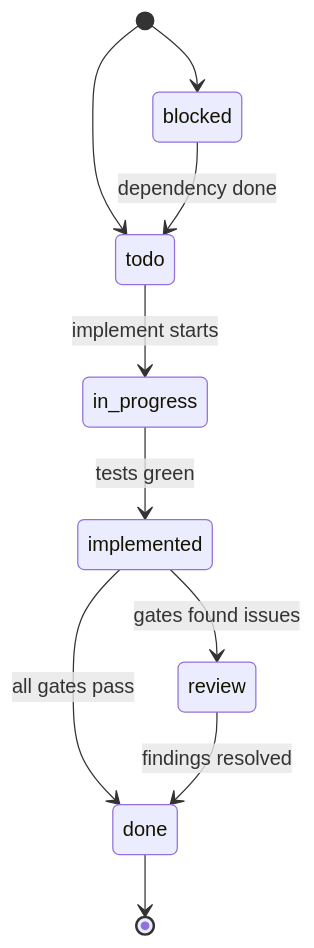
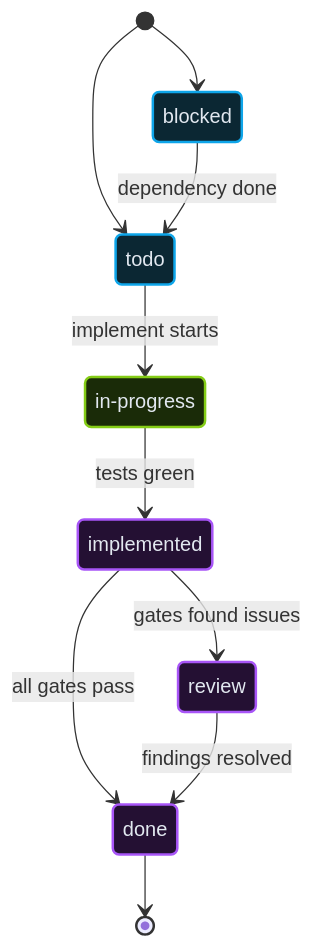
Before and after one commit to AlarQ/portfolio: the second of 4 diagrams in content/posts/my-spec-driven-workflow.mdx, drawn with Mermaid. The commit also changed other lines of this file and 7 other files, not shown here.

First line of the commit message:
feat(blog): render Mermaid diagrams + Callouts, refine spec-workflow post

````diff
--- a/content/posts/my-spec-driven-workflow.mdx
+++ b/content/posts/my-spec-driven-workflow.mdx
@@ -127,12 +183,21 @@
 ```mermaid
 stateDiagram-v2
+  direction TB
+  state "in-progress" as in_progress
   [*] --> todo
   [*] --> blocked
   blocked --> todo: dependency done
   todo --> in_progress: implement starts
   in_progress --> implemented: tests green
   implemented --> review: gates found issues
   implemented --> done: all gates pass
   review --> done: findings resolved
   done --> [*]
+
+  classDef plan   fill:#0b2733,stroke:#0ea5e9,stroke-width:2px,color:#e2e8f0;
+  classDef build  fill:#1a2b08,stroke:#84cc16,stroke-width:2px,color:#e2e8f0;
+  classDef verify fill:#241033,stroke:#a855f7,stroke-width:2px,color:#e2e8f0;
+  class todo,blocked plan
+  class in_progress build
+  class implemented,review,done verify
 ```
````
